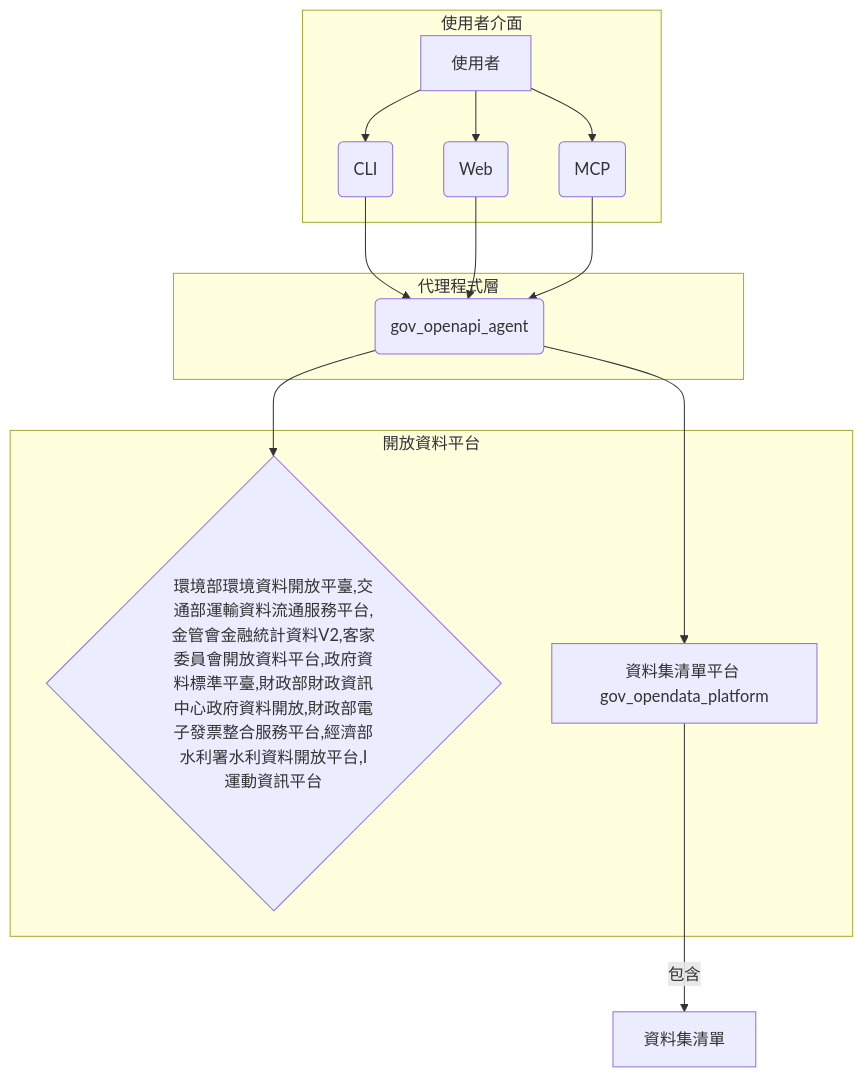
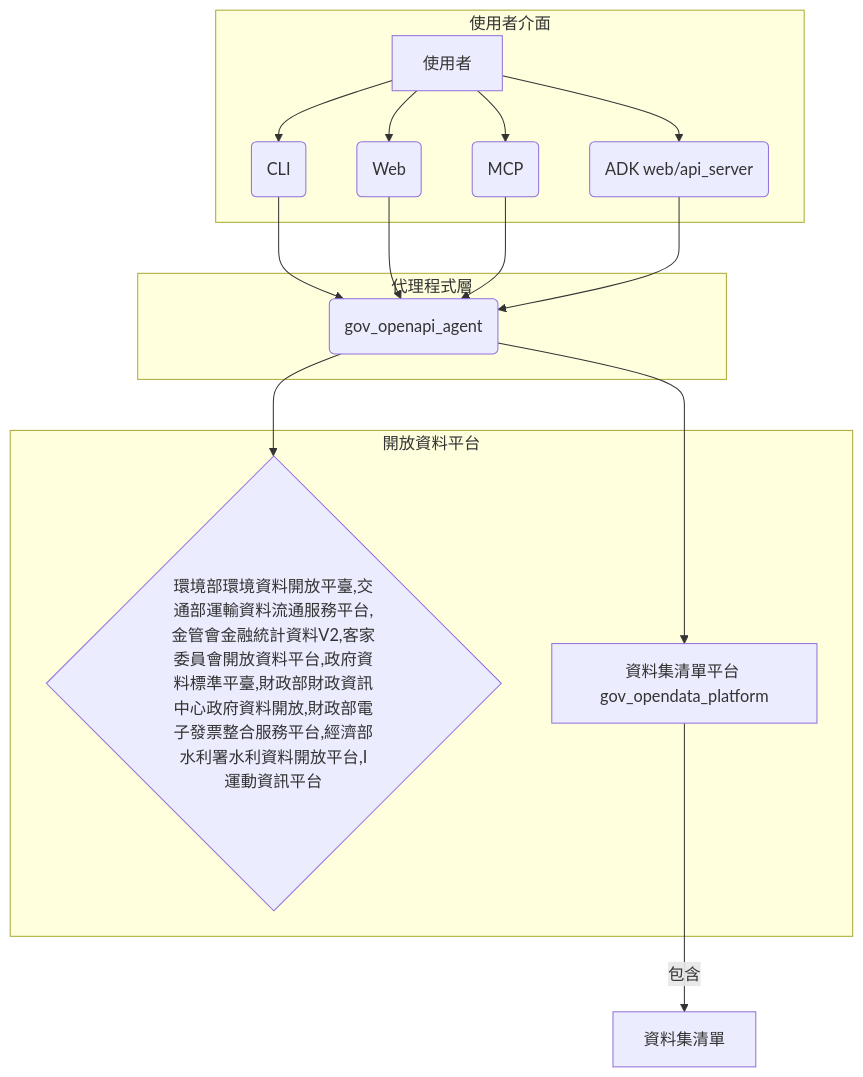
The diagram in README.md (wuulong/gov_openapi_agent), drawn with Mermaid before and after one commit. The commit also changed 1 other file, not shown here.

Commit message:
fix: adk web, api_server OK

````diff
--- a/README.md
+++ b/README.md
@@ -415,23 +415,26 @@
 ```mermaid
 graph TD
     subgraph 使用者介面
         A[使用者] --> B(CLI)
         A --> C(Web)
         A --> D(MCP)
+        A --> K(ADK web/api_server)
     end
 
     subgraph 代理程式層
+        
         B --> E(gov_openapi_agent)
         C --> E
         D --> E
+        K --> E
     end
 
     subgraph 開放資料平台
         E --> F{環境部環境資料開放平臺,交通部運輸資料流通服務平台,金管會金融統計資料V2,客家委員會開放資料平台,政府資料標準平臺,財政部財政資訊中心政府資料開放,財政部電子發票整合服務平台,經濟部水利署水利資料開放平台,I運動資訊平台}
         E --> I[資料集清單平台 gov_opendata_platform]
         
 
     end
 
     I -- 包含 --> J[資料集清單]
 ```
````
